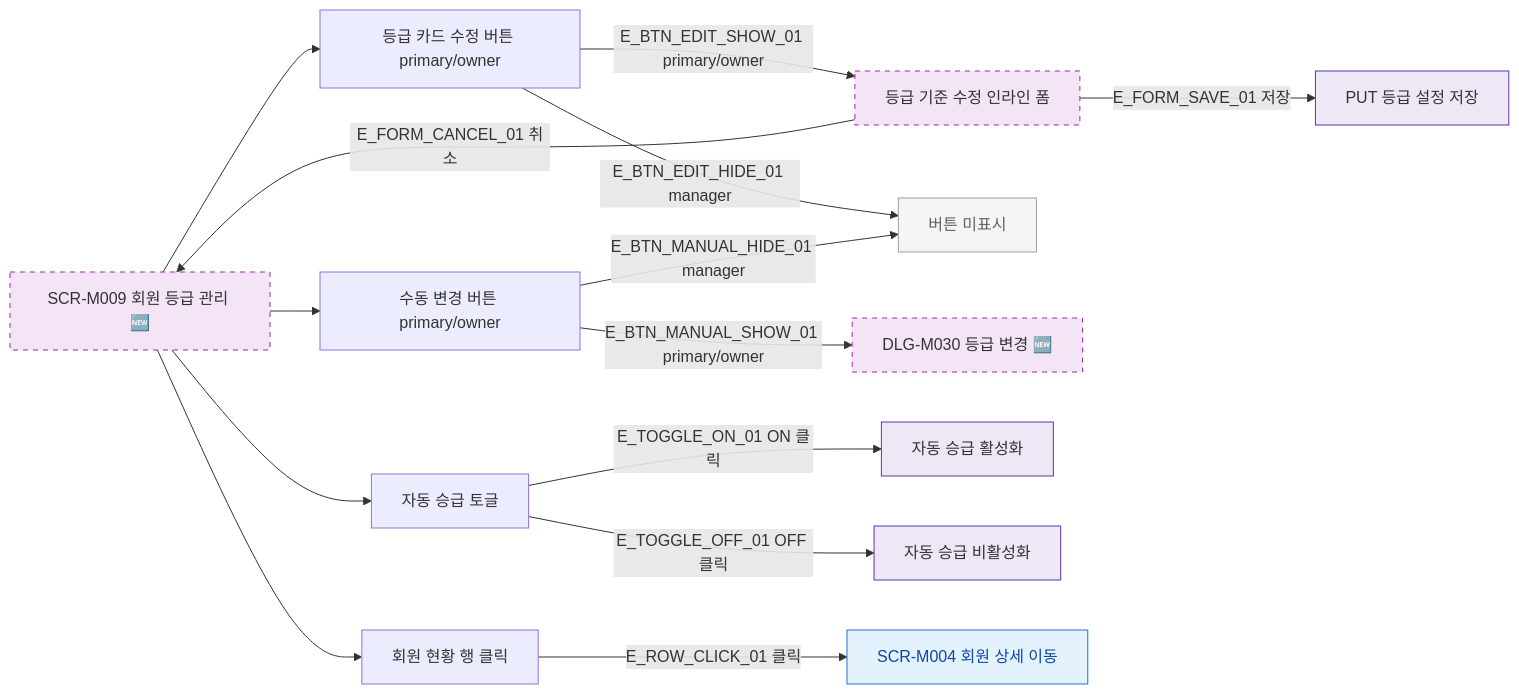
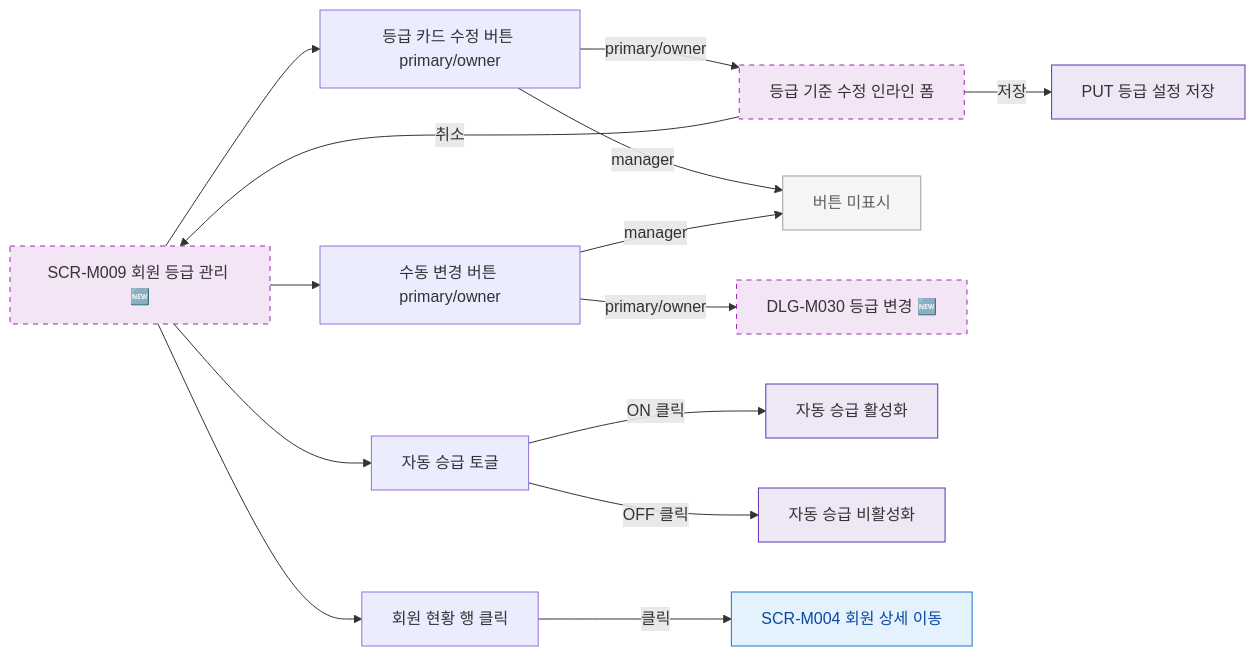
The diagram in docs/다이어그램/D02_회원관리/SCR-M009_등급관리/F3_버튼액션.md (dev-spogym/admin-pando), drawn with Mermaid before and after one commit. The commit also changed other lines of this file and 1660 other files, not shown here.

First line of the commit message:
다이어그램: 기획자/클라이언트 납품본으로 정리

````diff
--- a/docs/다이어그램/D02_회원관리/SCR-M009_등급관리/F3_버튼액션.md
+++ b/docs/다이어그램/D02_회원관리/SCR-M009_등급관리/F3_버튼액션.md
@@ -22,33 +20,33 @@
 ```mermaid
 flowchart LR
   SCR_M009[SCR-M009 회원 등급 관리 🆕]
 
   SCR_M009 --> BTN_EDIT_GRADE[등급 카드 수정 버튼 primary/owner]
   SCR_M009 --> BTN_MANUAL_CHANGE[수동 변경 버튼 primary/owner]
   SCR_M009 --> TOGGLE_AUTO[자동 승급 토글]
   SCR_M009 --> TABLE_ROW_CLICK[회원 현황 행 클릭]
 
-  BTN_EDIT_GRADE -->|E_BTN_EDIT_SHOW_01 primary/owner| EDIT_FORM[등급 기준 수정 인라인 폼]
-  BTN_EDIT_GRADE -->|E_BTN_EDIT_HIDE_01 manager| BTN_HIDDEN[버튼 미표시]
+  BTN_EDIT_GRADE -->|primary/owner|EDIT_FORM[등급 기준 수정 인라인 폼]
+  BTN_EDIT_GRADE -->|manager|BTN_HIDDEN[버튼 미표시]
 
-  BTN_MANUAL_CHANGE -->|E_BTN_MANUAL_SHOW_01 primary/owner| DLG_M030[DLG-M030 등급 변경 🆕]
-  BTN_MANUAL_CHANGE -->|E_BTN_MANUAL_HIDE_01 manager| BTN_HIDDEN
+  BTN_MANUAL_CHANGE -->|primary/owner|DLG_M030[DLG-M030 등급 변경 🆕]
+  BTN_MANUAL_CHANGE -->|manager|BTN_HIDDEN
 
-  TOGGLE_AUTO -->|E_TOGGLE_ON_01 ON 클릭| API_TOGGLE_ON[자동 승급 활성화]
-  TOGGLE_AUTO -->|E_TOGGLE_OFF_01 OFF 클릭| API_TOGGLE_OFF[자동 승급 비활성화]
+  TOGGLE_AUTO -->|ON 클릭|API_TOGGLE_ON[자동 승급 활성화]
+  TOGGLE_AUTO -->|OFF 클릭|API_TOGGLE_OFF[자동 승급 비활성화]
 
-  TABLE_ROW_CLICK -->|E_ROW_CLICK_01 클릭| SCR_M004[SCR-M004 회원 상세 이동]
+  TABLE_ROW_CLICK -->|클릭|SCR_M004[SCR-M004 회원 상세 이동]
 
-  EDIT_FORM -->|E_FORM_SAVE_01 저장| API_SAVE[PUT 등급 설정 저장]
-  EDIT_FORM -->|E_FORM_CANCEL_01 취소| SCR_M009
+  EDIT_FORM -->|저장|API_SAVE[PUT 등급 설정 저장]
+  EDIT_FORM -->|취소|SCR_M009
 
-  classDef screen     fill:#E3F2FD,stroke:#1976D2,color:#0D47A1
+  classDef screen fill:#E3F2FD,stroke:#1976D2,color:#0D47A1
   classDef newFeature fill:#F3E5F5,stroke:#9C27B0,stroke-dasharray:5 5
-  classDef system     fill:#EDE7F6,stroke:#5E35B2
+  classDef system fill:#EDE7F6,stroke:#5E35B2
   classDef rbacBlocked fill:#F5F5F5,stroke:#9E9E9E,color:#616161
 
   class SCR_M004 screen
   class SCR_M009,DLG_M030,EDIT_FORM newFeature
   class API_TOGGLE_ON,API_TOGGLE_OFF,API_SAVE system
   class BTN_HIDDEN rbacBlocked
 ```
````
